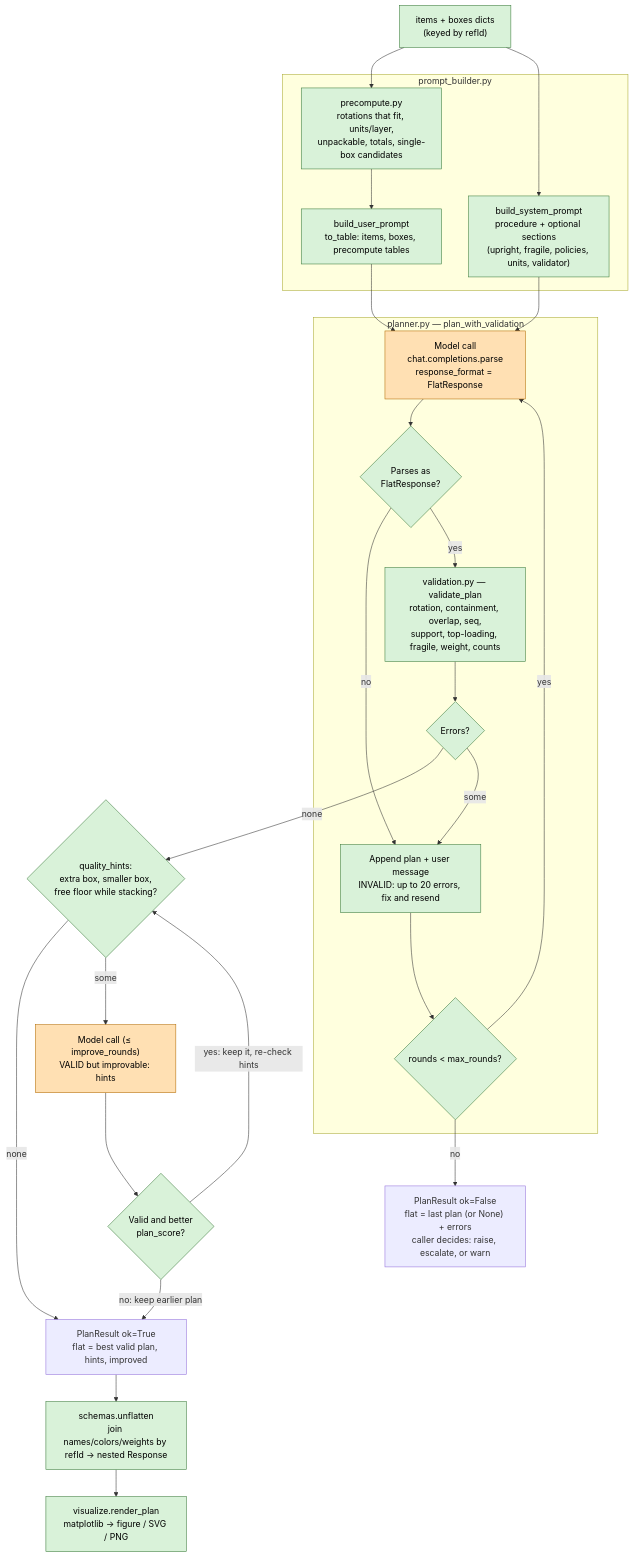
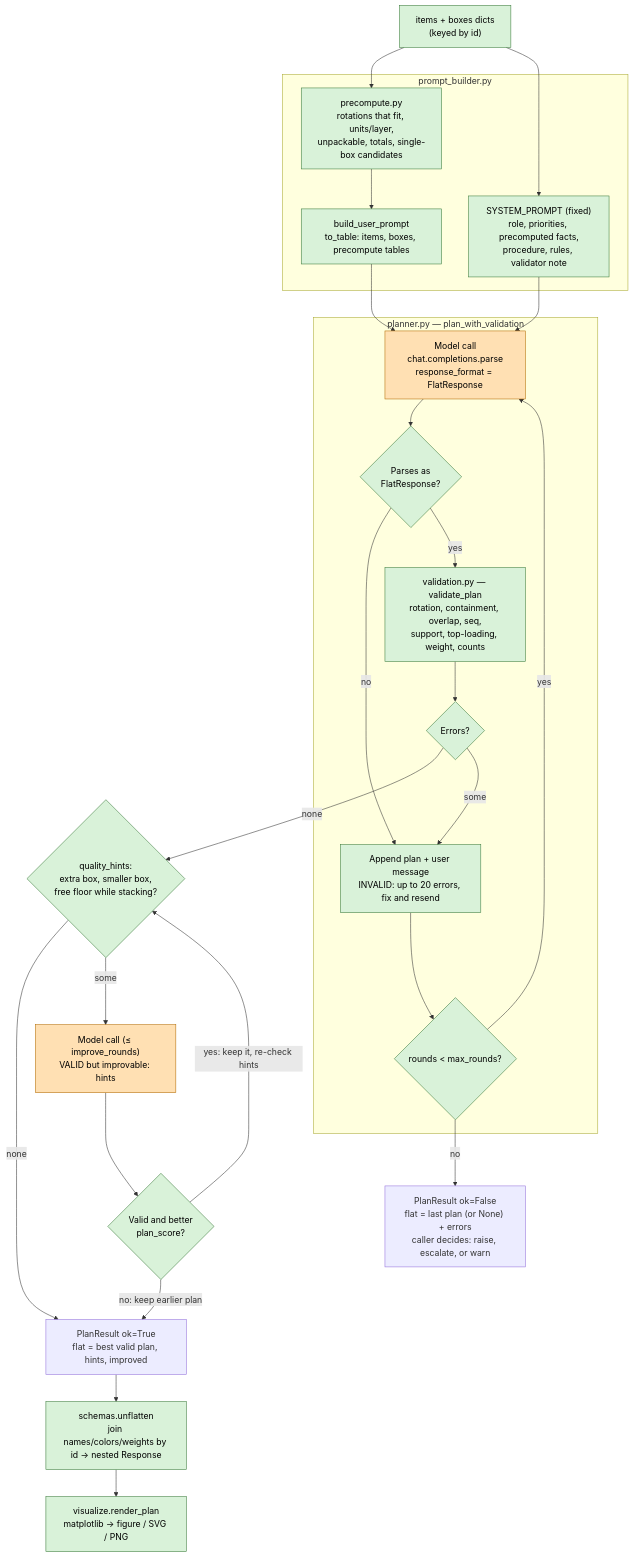
One commit to Jomari-Macaraig/package-manager changed the diagram in labs/CLAUDE.md. Above: the diagram before and after it, drawn with Mermaid. The commit also changed other lines of this file and 1 other file, not shown here.

````diff
--- a/labs/CLAUDE.md
+++ b/labs/CLAUDE.md
@@ -9,51 +9,51 @@
 ```mermaid
 flowchart TD
-    input["items + boxes dicts<br/>(keyed by refId)"]
+    input["items + boxes dicts<br/>(keyed by id)"]
 
     subgraph prompts["prompt_builder.py"]
         pre["precompute.py<br/>rotations that fit, units/layer,<br/>unpackable, totals, single-box candidates"]
         user["build_user_prompt<br/>to_table: items, boxes, precompute tables"]
-        sys["build_system_prompt<br/>procedure + optional sections<br/>(upright, fragile, policies, units, validator)"]
+        sys["SYSTEM_PROMPT (fixed)<br/>role, priorities, precomputed facts,<br/>procedure, rules, validator note"]
     end
 
     subgraph loop["planner.py — plan_with_validation"]
         model["Model call<br/>chat.completions.parse<br/>response_format = FlatResponse"]
         parse{"Parses as<br/>FlatResponse?"}
-        validate["validation.py — validate_plan<br/>rotation, containment, overlap, seq,<br/>support, top-loading, fragile, weight, counts"]
+        validate["validation.py — validate_plan<br/>rotation, containment, overlap, seq,<br/>support, top-loading, weight, counts"]
         valid{"Errors?"}
         feedback["Append plan + user message<br/>INVALID: up to 20 errors, fix and resend"]
         rounds{"rounds &lt; max_rounds?"}
     end
 
     hints{"quality_hints:<br/>extra box, smaller box,<br/>free floor while stacking?"}
     improve["Model call (≤ improve_rounds)<br/>VALID but improvable: hints"]
     better{"Valid and better<br/>plan_score?"}
     ok["PlanResult ok=True<br/>flat = best valid plan, hints, improved"]
     fail["PlanResult ok=False<br/>flat = last plan (or None) + errors<br/>caller decides: raise, escalate, or warn"]
-    unflat["schemas.unflatten<br/>join names/colors/weights by refId → nested Response"]
+    unflat["schemas.unflatten<br/>join names/colors/weights by id → nested Response"]
     render["visualize.render_plan<br/>matplotlib → figure / SVG / PNG"]
 
     input --> pre --> user
     input --> sys
     user --> model
     sys --> model
     model --> parse
     parse -- no --> feedback
     parse -- yes --> validate --> valid
     valid -- none --> hints
     hints -- none --> ok
     hints -- some --> improve --> better
     better -- "yes: keep it, re-check hints" --> hints
     better -- "no: keep earlier plan" --> ok
     valid -- some --> feedback
     feedback --> rounds
     rounds -- yes --> model
     rounds -- no --> fail
     ok --> unflat --> render
 
     classDef code fill:#d9f2d9,stroke:#3a7a3a,color:#000
     classDef llm fill:#ffe0b3,stroke:#b36b00,color:#000
     class pre,user,sys,parse,validate,valid,feedback,rounds,unflat,render,input code
     class hints,better code
     class model,improve llm
 ```
````
